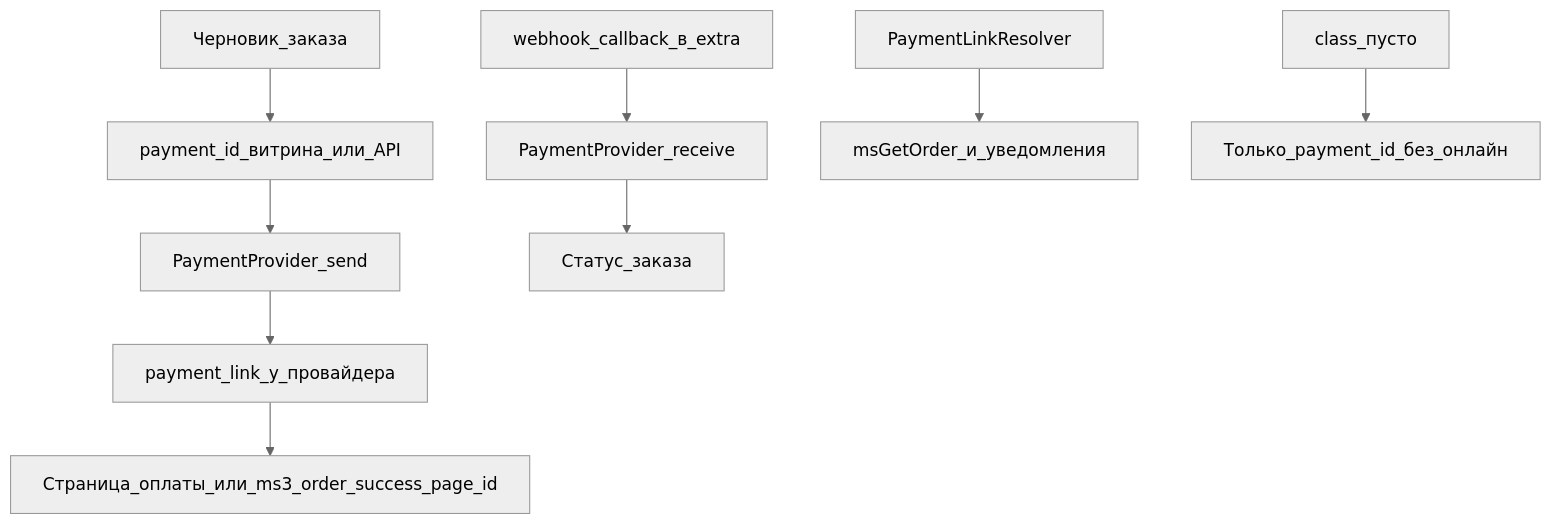
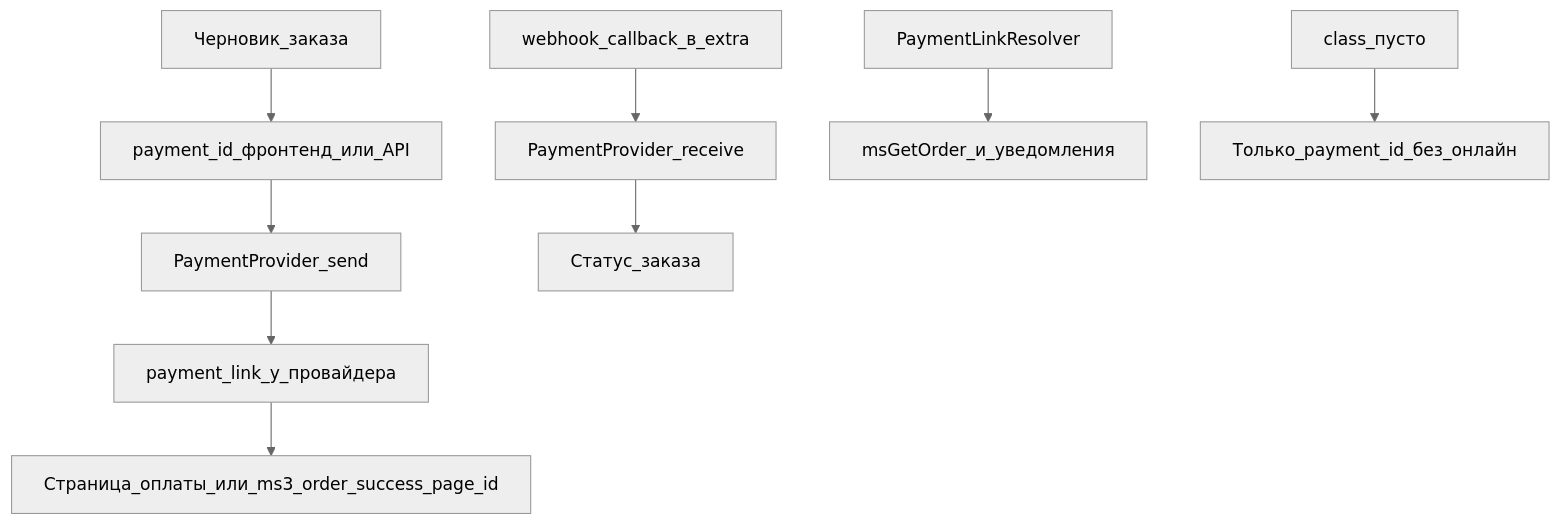
Before and after one commit to modx-pro/Docs: the diagram in docs/components/minishop3/interface/settings/payments.md, drawn with Mermaid (neutral theme). The commit also changed 27 other files, not shown here.

````diff
--- a/docs/components/minishop3/interface/settings/payments.md
+++ b/docs/components/minishop3/interface/settings/payments.md
@@ -99,11 +99,11 @@
 ```mermaid
 flowchart TB
-  OrderDraft[Черновик_заказа] --> SetPayment[payment_id_витрина_или_API]
+  OrderDraft[Черновик_заказа] --> SetPayment[payment_id_фронтенд_или_API]
   SetPayment --> SendMethod[PaymentProvider_send]
   SendMethod --> PaymentLink[payment_link_у_провайдера]
   PaymentLink --> Redirect[Страница_оплаты_или_ms3_order_success_page_id]
   WebhookUrl[webhook_callback_в_extra] --> ReceiveMethod[PaymentProvider_receive]
   ReceiveMethod --> OrderStatus[Статус_заказа]
   PaymentLinkResolver[PaymentLinkResolver] --> MsGetOrder[msGetOrder_и_уведомления]
   EmptyClass[class_пусто] --> OnlyPaymentId[Только_payment_id_без_онлайн]
 ```
````
